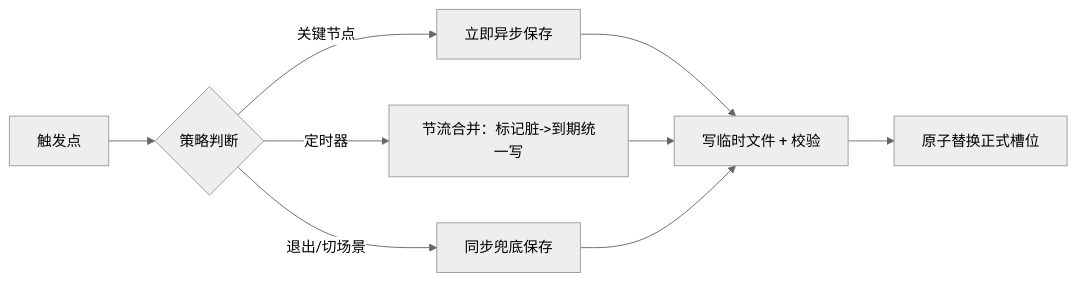
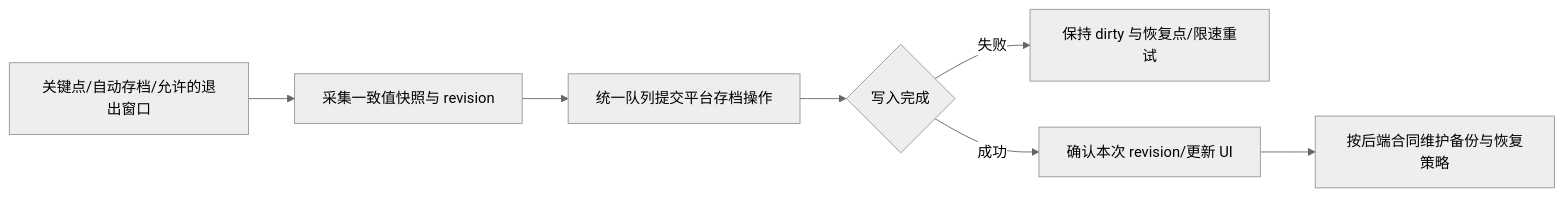
The third of 3 diagrams in 游戏知识/03-游戏玩法编程/12-SaveGame存档系统与序列化.md (fantuan812/learning), drawn with Mermaid (neutral theme) before and after one commit. The commit also changed other lines of this file and 5 other files, not shown here.

````diff
--- a/游戏知识/03-游戏玩法编程/12-SaveGame存档系统与序列化.md
+++ b/游戏知识/03-游戏玩法编程/12-SaveGame存档系统与序列化.md
@@ -173,11 +247,9 @@
 ```mermaid
 flowchart LR
-    A[触发点] --> B{策略判断}
-    B -->|关键节点| C[立即异步保存]
-    B -->|定时器| D[节流合并：标记脏->到期统一写]
-    B -->|退出/切场景| E[同步兜底保存]
-    C --> F[写临时文件 + 校验]
-    D --> F
-    E --> F
-    F --> G[原子替换正式槽位]
+    A[关键点/自动存档/允许的退出窗口] --> B[采集一致值快照与 revision]
+    B --> C[统一队列提交平台存档操作]
+    C --> D{写入完成}
+    D -->|失败| E[保持 dirty 与恢复点/限速重试]
+    D -->|成功| F[确认本次 revision/更新 UI]
+    F --> G[按后端合同维护备份与恢复策略]
 ```
````
